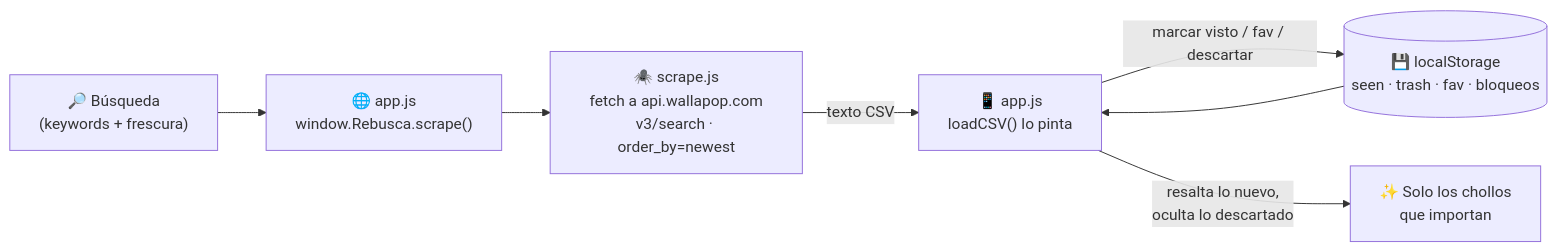
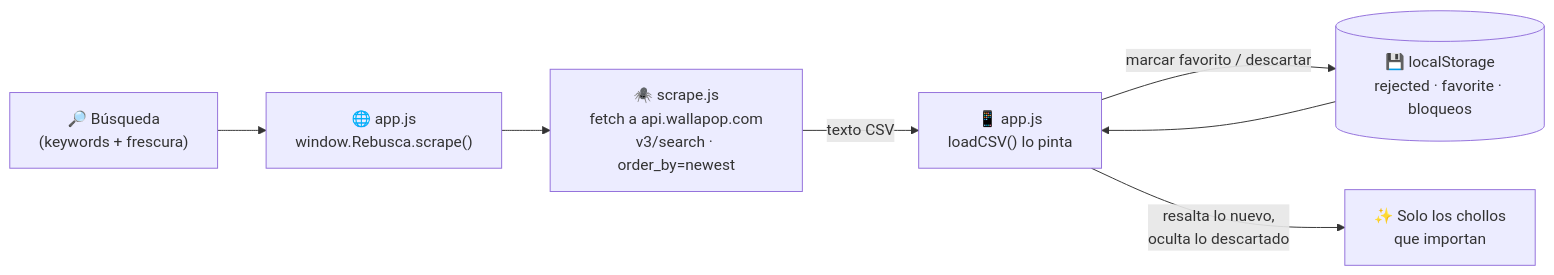
Before and after one commit to jfdg01/rebusca: the diagram in README.md, drawn with Mermaid. The commit also changed other lines of this file and 7 other files, not shown here.

````diff
--- a/README.md
+++ b/README.md
@@ -26,9 +26,9 @@
 ```mermaid
 flowchart LR
     A["🔎 Búsqueda<br/>(keywords + frescura)"] --> B["🌐 app.js<br/>window.Rebusca.scrape()"]
     B --> C["🕷️ scrape.js<br/>fetch a api.wallapop.com<br/>v3/search · order_by=newest"]
     C -->|"texto CSV"| D["📱 app.js<br/>loadCSV() lo pinta"]
-    D -->|"marcar visto / fav / descartar"| E[("💾 localStorage<br/>seen · trash · fav · bloqueos")]
+    D -->|"marcar favorito / descartar"| E[("💾 localStorage<br/>rejected · favorite · bloqueos")]
     E --> D
     D -->|"resalta lo nuevo,<br/>oculta lo descartado"| G["✨ Solo los chollos<br/>que importan"]
 ```
````
